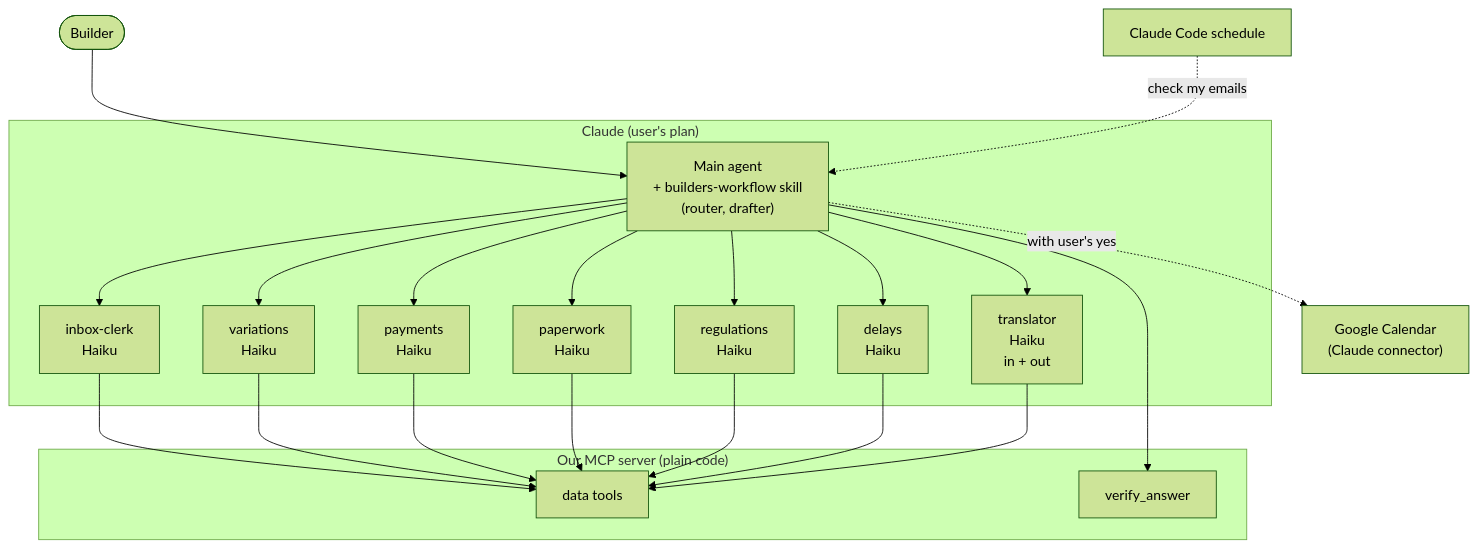
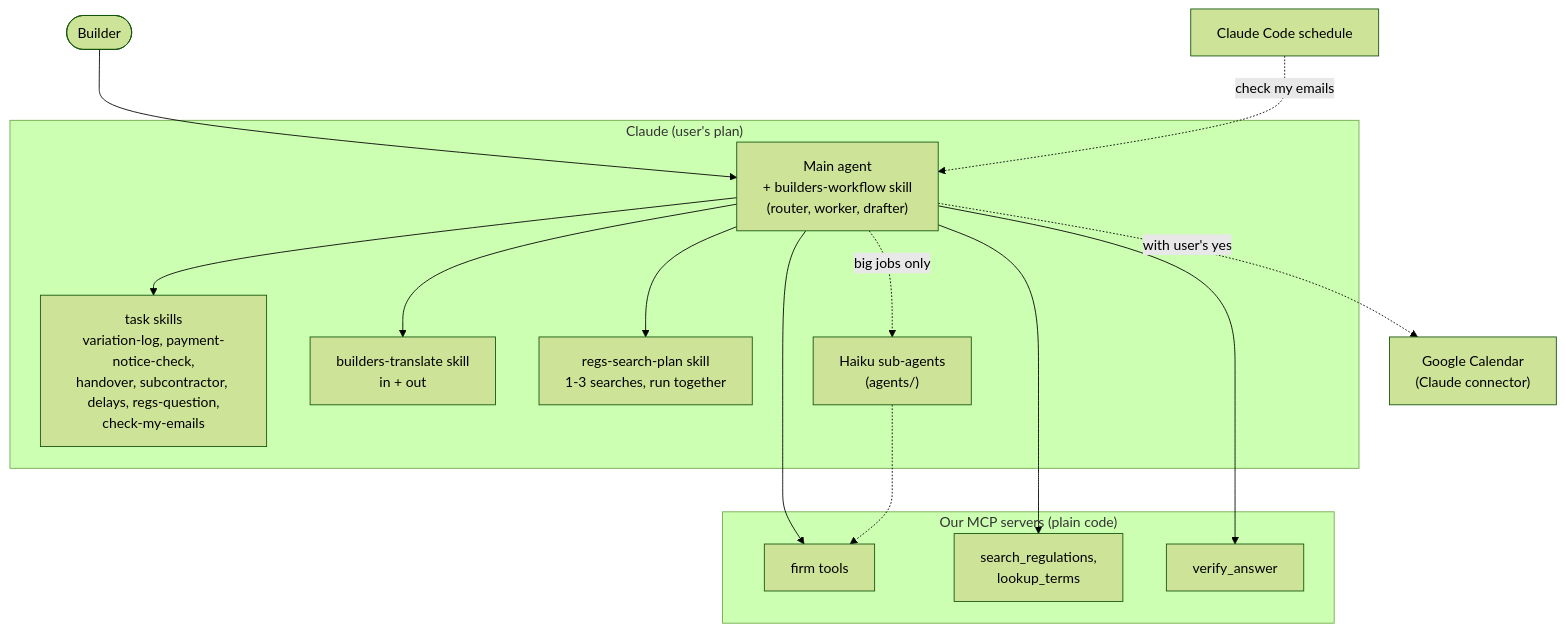
One commit to florinmarcus/builders_lab changed the first of 5 diagrams in architecture/design/agents.md. Above: the diagram before and after it, drawn with Mermaid (forest theme). The commit also changed other lines of this file and 23 other files, not shown here.

First line of the commit message:
Plugin: main model does the work with skills, not sub-agents (ADR 0019)

````diff
--- a/architecture/design/agents.md
+++ b/architecture/design/agents.md
@@ -10,23 +10,22 @@
 ```mermaid
 flowchart TB
     user(["Builder"]) --> main
     subgraph claude["Claude (user's plan)"]
-        main["Main agent<br/>+ builders-workflow skill<br/>(router, drafter)"]
-        main --> tr["translator<br/>Haiku<br/>in + out"]
-        main --> inbox["inbox-clerk<br/>Haiku"]
-        main --> var["variations<br/>Haiku"]
-        main --> pay["payments<br/>Haiku"]
-        main --> paper["paperwork<br/>Haiku"]
-        main --> regs["regulations<br/>Haiku"]
-        main --> dly["delays<br/>Haiku"]
+        main["Main agent<br/>+ builders-workflow skill<br/>(router, worker, drafter)"]
+        main --> sk["task skills<br/>variation-log, payment-notice-check,<br/>handover, subcontractor, delays, regs-question,<br/>check-my-emails"]
+        main --> trs["builders-translate skill<br/>in + out"]
+        main --> plan["regs-search-plan skill<br/>1-3 searches, run together"]
+        main -.->|"big jobs only"| subs["Haiku sub-agents<br/>(agents/)"]
     end
-    subgraph server["Our MCP server (plain code)"]
-        tools["data tools"]
+    subgraph server["Our MCP servers (plain code)"]
+        tools["firm tools"]
+        regs["search_regulations,<br/>lookup_terms"]
         guard["verify_answer"]
     end
-    inbox & var & pay & paper & regs & dly --> tools
-    tr --> tools
+    main --> tools
+    main --> regs
+    subs -.-> tools
     main --> guard
     sched["Claude Code schedule"] -.->|"check my emails"| main
     main -.->|"with user's yes"| cal["Google Calendar<br/>(Claude connector)"]
 ```
````
